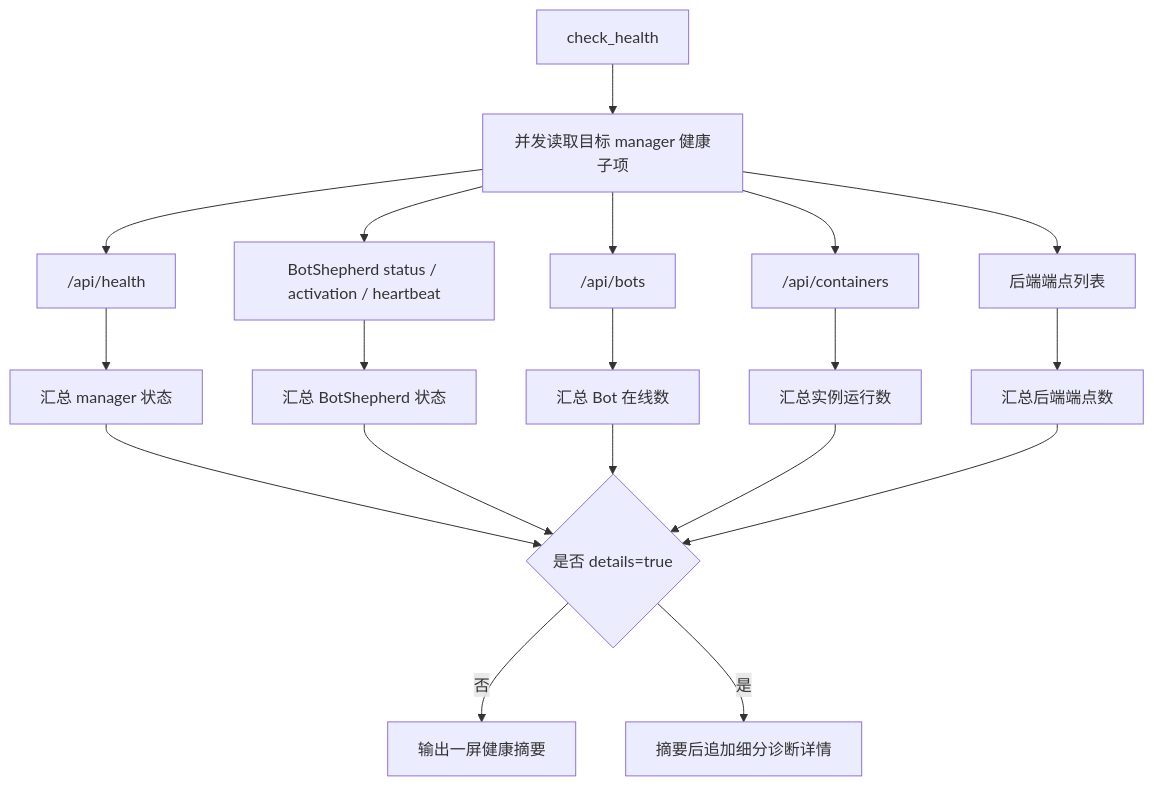
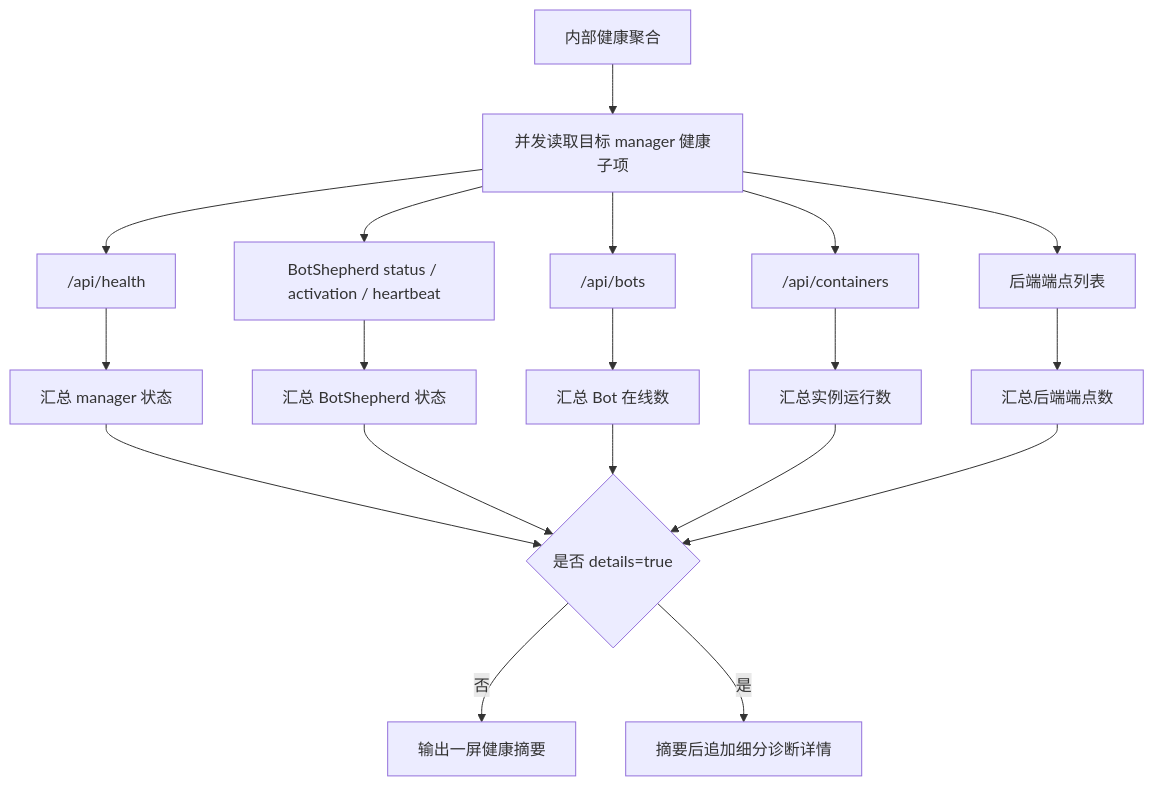
Before and after one commit to memoriass/astrbot_plugin_ncqq_manager: the fourth of 5 diagrams in docs/operation-flows.md, drawn with Mermaid. The commit also changed 8 other files, not shown here.

````diff
--- a/docs/operation-flows.md
+++ b/docs/operation-flows.md
@@ -89,21 +89,21 @@
 ```mermaid
 flowchart TD
-    A["check_health"] --> B["并发读取目标 manager 健康子项"]
+    A["内部健康聚合"] --> B["并发读取目标 manager 健康子项"]
     B --> C["/api/health"]
     B --> D["BotShepherd status / activation / heartbeat"]
     B --> E["/api/bots"]
     B --> F["/api/containers"]
     B --> G["后端端点列表"]
     C --> H["汇总 manager 状态"]
     D --> I["汇总 BotShepherd 状态"]
     E --> J["汇总 Bot 在线数"]
     F --> K["汇总实例运行数"]
     G --> L["汇总后端端点数"]
     H --> M{"是否 details=true"}
     I --> M
     J --> M
     K --> M
     L --> M
     M -- "否" --> N["输出一屏健康摘要"]
     M -- "是" --> O["摘要后追加细分诊断详情"]
 ```
````
